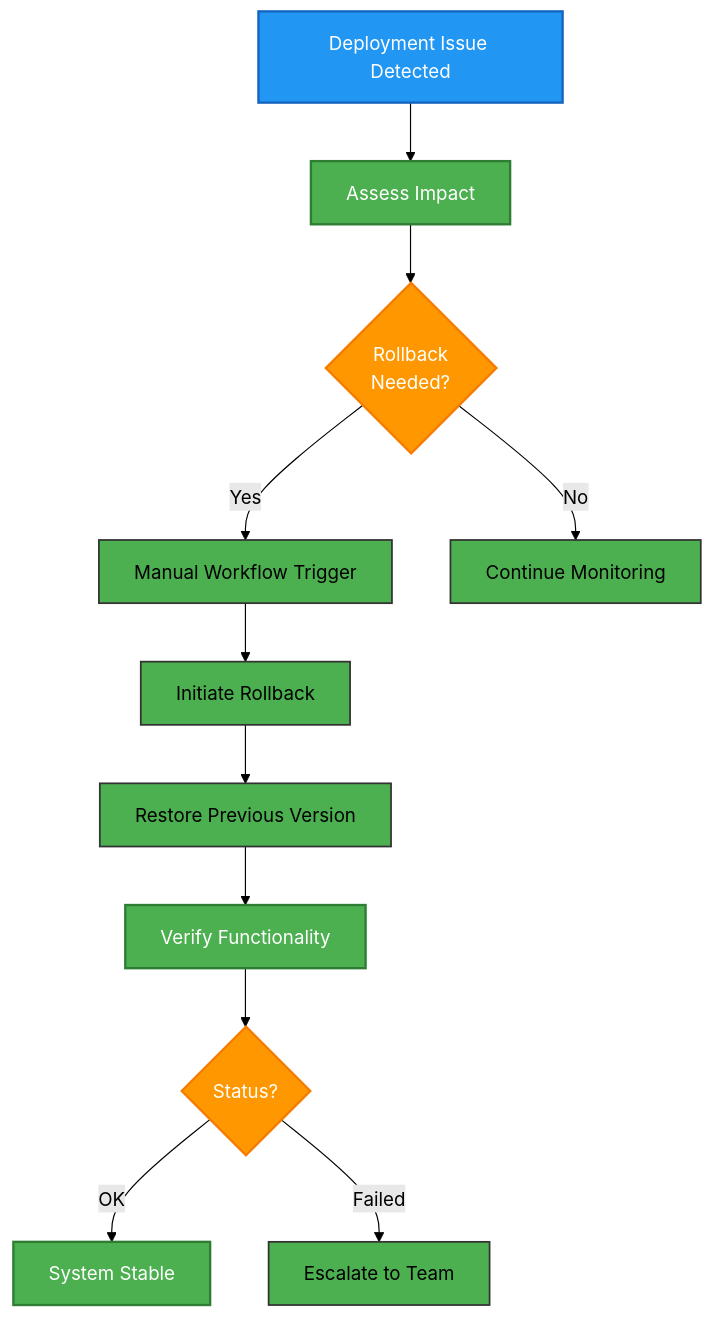
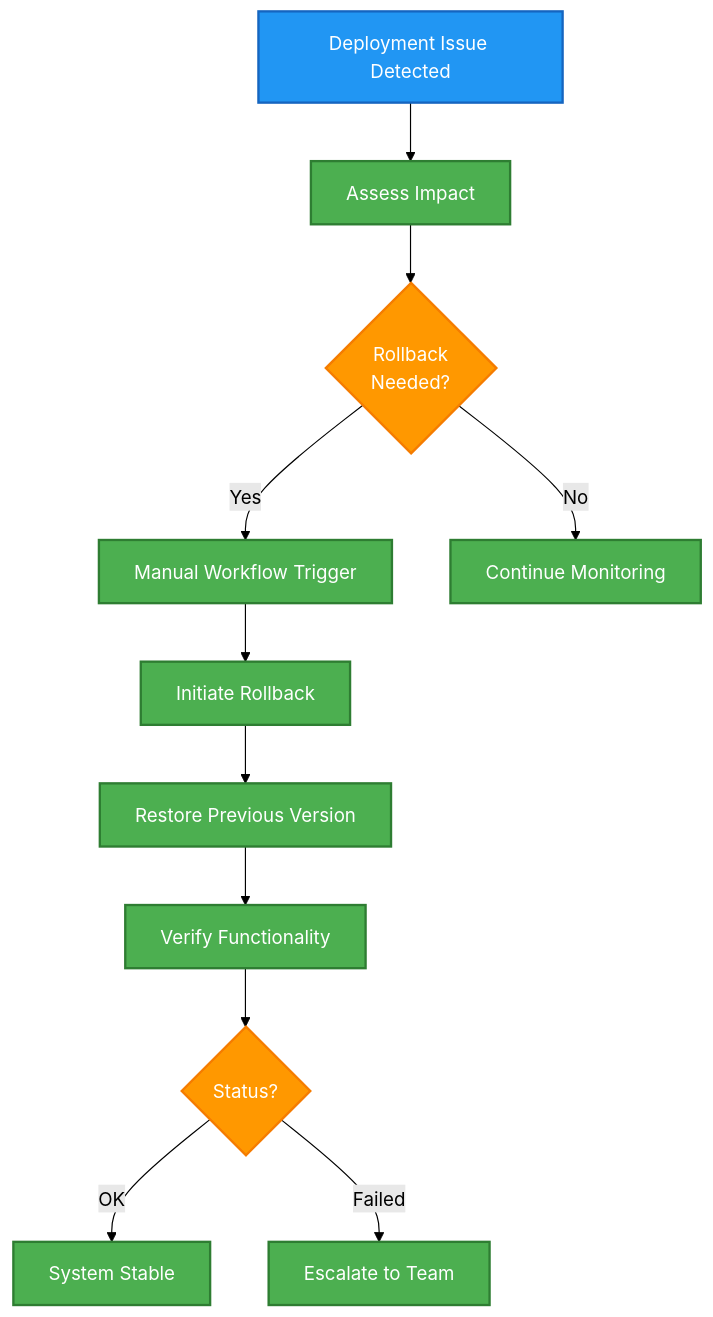
Diagram 12 of 13 in docs/architecture/WORKFLOWS.md (Hack23/cia-compliance-manager), drawn with Mermaid (forest theme) before and after one commit. The commit also changed 5 other files, not shown here.

````diff
--- a/docs/architecture/WORKFLOWS.md
+++ b/docs/architecture/WORKFLOWS.md
@@ -1274,25 +1274,25 @@
 ```mermaid
 flowchart TD
     Issue[Deployment Issue Detected] --> Assess[Assess Impact]
     Assess --> Decision{Rollback<br>Needed?}
     Decision -->|Yes| Manual[Manual Workflow Trigger]
     Decision -->|No| Monitor[Continue Monitoring]
     Manual --> Rollback[Initiate Rollback]
     Rollback --> PrevVersion[Restore Previous Version]
     PrevVersion --> VerifyHealth[Verify Functionality]
     VerifyHealth --> Healthy{Status?}
     Healthy -->|OK| Stable[System Stable]
     Healthy -->|Failed| Escalate[Escalate to Team]
     
     classDef issueNode fill:#2196F3,stroke:#1565C0,stroke-width:2px,color:#ffffff
     classDef processNode fill:#4CAF50,stroke:#2E7D32,stroke-width:2px,color:#ffffff
     classDef decisionNode fill:#FF9800,stroke:#F57C00,stroke-width:2px,color:#ffffff
-    classDef actionNode fill:#4CAF50,stroke:#2E7D32,stroke-width:2px,color:#ffffff,stroke:#333,stroke-width:1.5px,color:black
+    classDef actionNode fill:#4CAF50,stroke:#2E7D32,stroke-width:2px,color:#ffffff
     classDef successNode fill:#4CAF50,stroke:#2E7D32,stroke-width:2px,color:#ffffff
     
     class Issue issueNode
     class Assess,VerifyHealth processNode
     class Decision,Healthy decisionNode
     class Manual,Rollback,PrevVersion,Monitor,Escalate actionNode
     class Stable successNode
 ```
````
